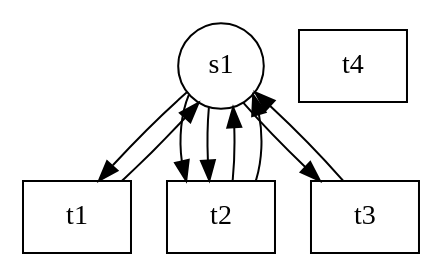
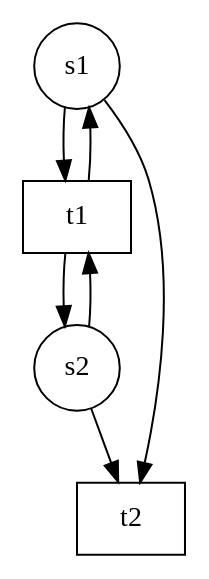
Before and after one commit to dnannen/reduction-of-petri-nets: the diagram in Reduktionsalgorithmen/petri-netz.gv, drawn with Graphviz. The commit also changed 2 other files, not shown here.

```diff
--- a/Reduktionsalgorithmen/petri-netz.gv
+++ b/Reduktionsalgorithmen/petri-netz.gv
@@ -1,16 +1,13 @@
 digraph petrinet{
 node[shape=circle];
 "s1";
+"s2";
 "t1" [shape=box];
 "t2" [shape=box];
-"t3" [shape=box];
-"t4" [shape=box];
 "s1"->"t1"
 "s1"->"t2"
-"s1"->"t2"
-"s1"->"t3"
+"s2"->"t1"
+"s2"->"t2"
 "t1"->"s1"
-"t2"->"s1"
-"t2"->"s1"
-"t3"->"s1"
+"t1"->"s2"
 }
```
